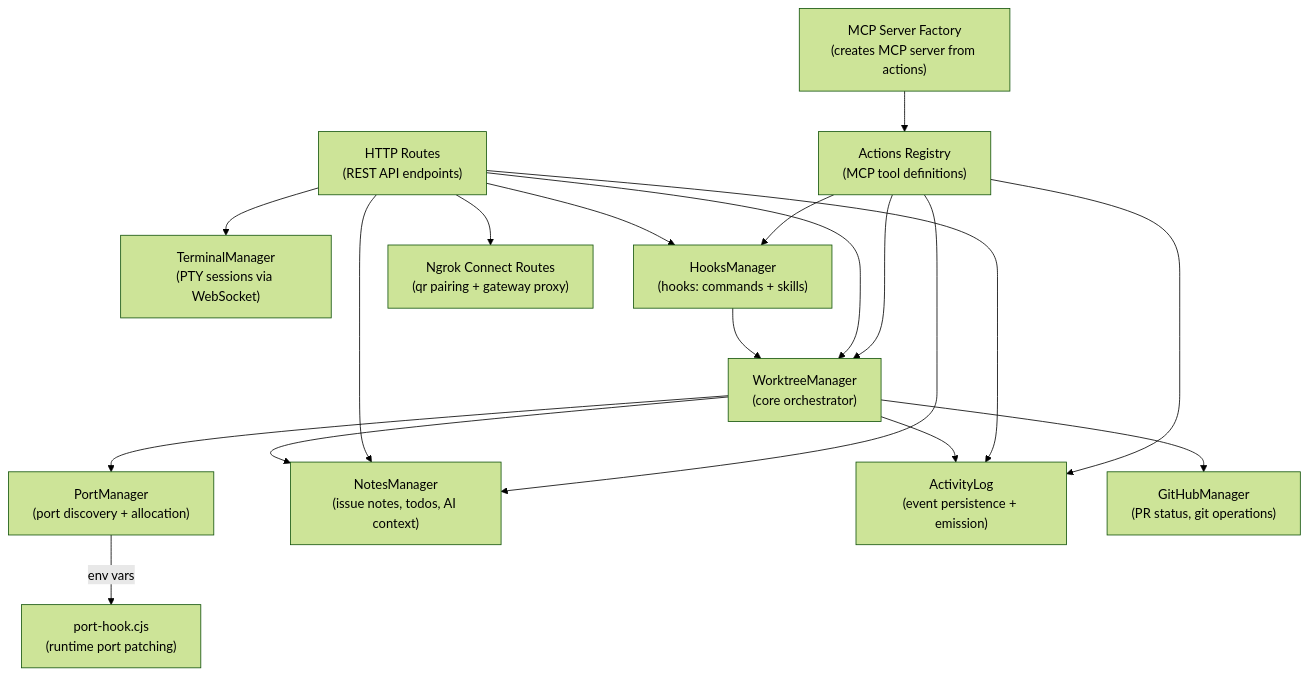
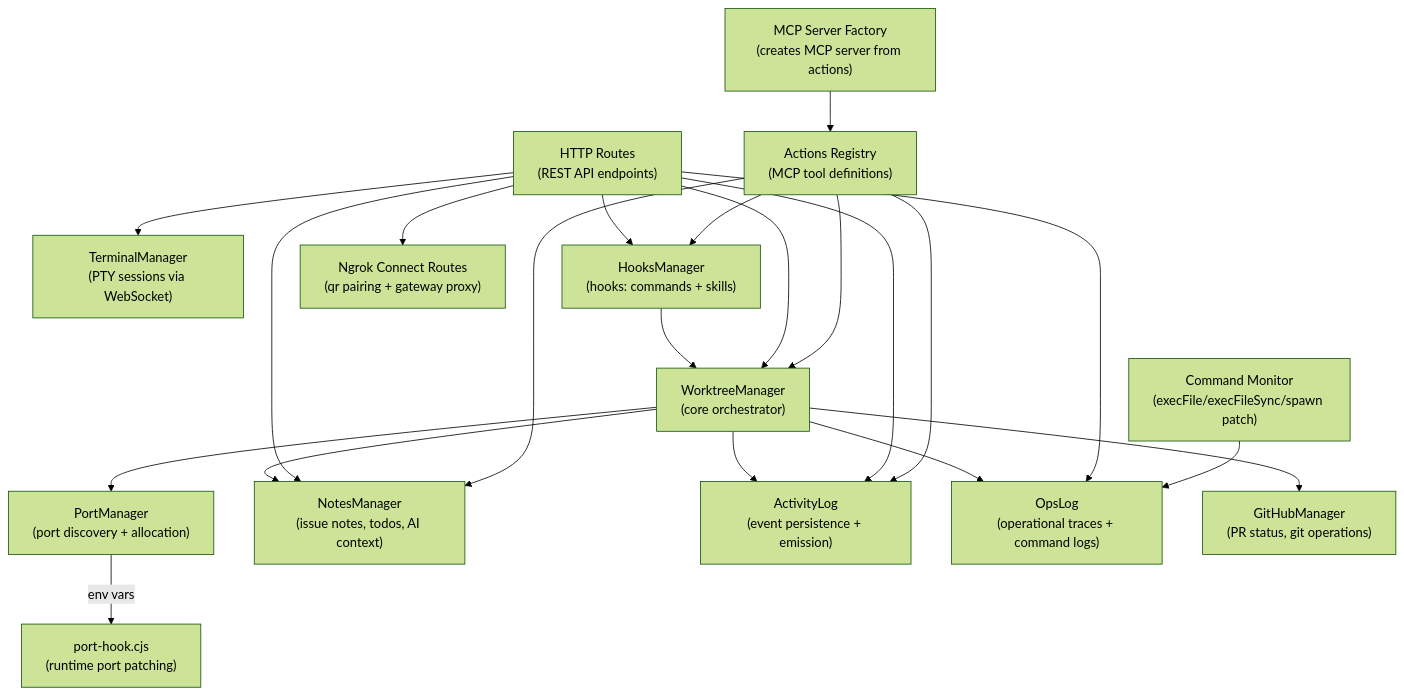
One commit to fum4/openkit changed the second of 3 diagrams in docs/ARCHITECTURE.md. Above: the diagram before and after it, drawn with Mermaid (forest theme). The commit also changed other lines of this file and 46 other files, not shown here.

````diff
--- a/docs/ARCHITECTURE.md
+++ b/docs/ARCHITECTURE.md
@@ -36,33 +36,38 @@
 ```mermaid
 flowchart TB
     WM["WorktreeManager\n(core orchestrator)"]
     PM["PortManager\n(port discovery + allocation)"]
     TM["TerminalManager\n(PTY sessions via WebSocket)"]
     NM["NotesManager\n(issue notes, todos, AI context)"]
     AL["ActivityLog\n(event persistence + emission)"]
+    OL["OpsLog\n(operational traces + command logs)"]
+    CM["Command Monitor\n(execFile/execFileSync/spawn patch)"]
     VM["HooksManager\n(hooks: commands + skills)"]
     NC["Ngrok Connect Routes\n(qr pairing + gateway proxy)"]
     GH["GitHubManager\n(PR status, git operations)"]
     Hook["port-hook.cjs\n(runtime port patching)"]
     Actions["Actions Registry\n(MCP tool definitions)"]
     McpFactory["MCP Server Factory\n(creates MCP server from actions)"]
     Routes["HTTP Routes\n(REST API endpoints)"]
 
     WM --> PM
     WM --> NM
     WM --> AL
+    WM --> OL
     WM --> GH
     VM --> WM
     Routes --> WM
     Routes --> TM
     Routes --> NM
     Routes --> VM
     Routes --> AL
+    Routes --> OL
     Routes --> NC
     Actions --> WM
     Actions --> NM
     Actions --> VM
     Actions --> AL
+    CM --> OL
     McpFactory --> Actions
     PM -->|env vars| Hook
 ```
````
